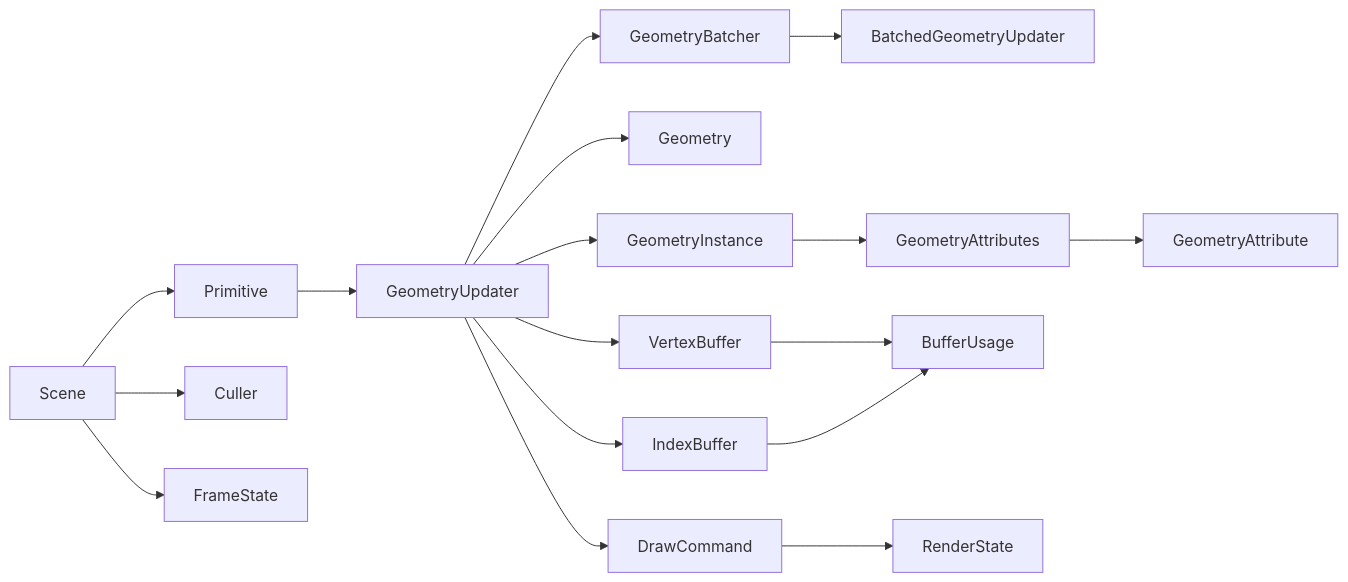
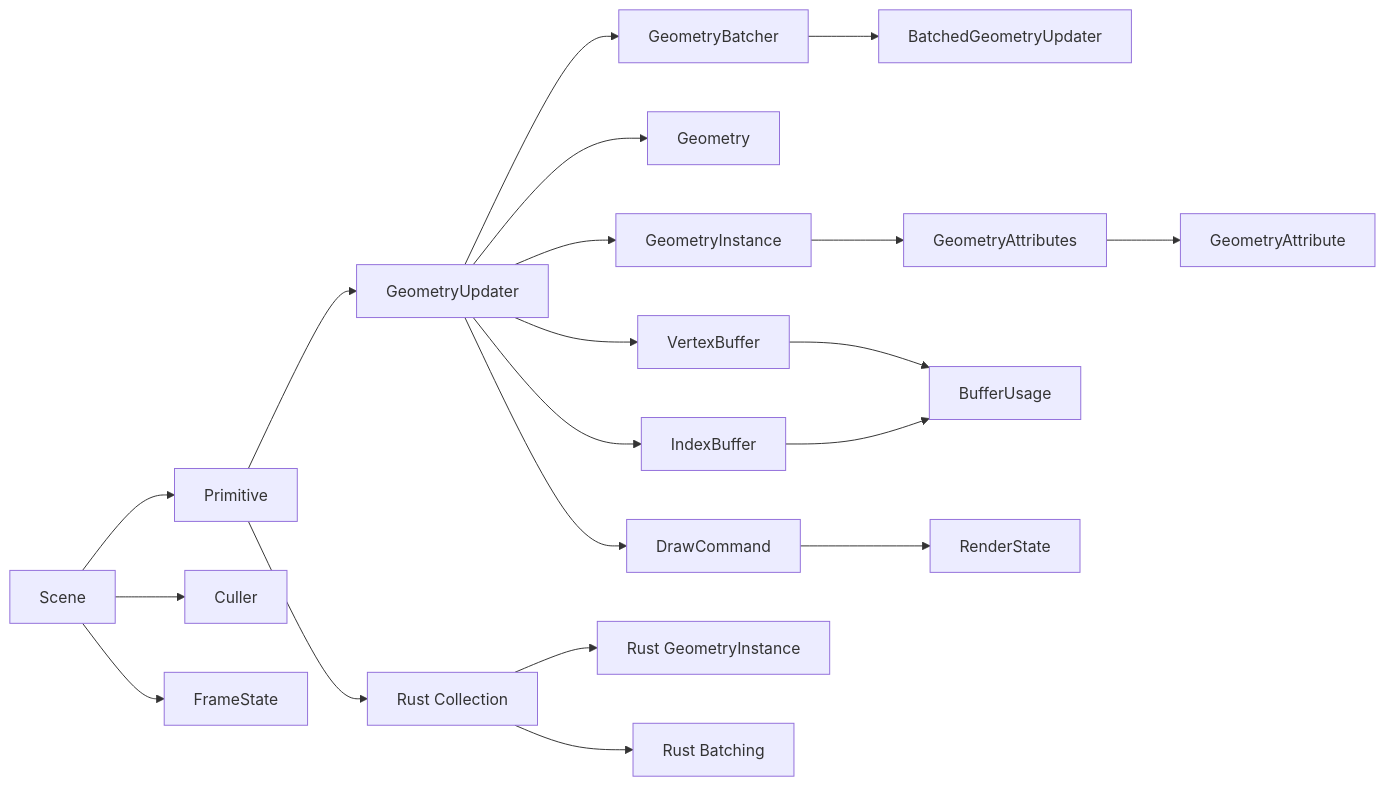
The tenth of 10 diagrams in .qoder/repowiki/zh/content/实体和几何体/原始图形渲染.md (rzhangjing/cesium), drawn with Mermaid before and after one commit. The commit also changed other lines of this file and 60 other files, not shown here.

````diff
--- a/.qoder/repowiki/zh/content/实体和几何体/原始图形渲染.md
+++ b/.qoder/repowiki/zh/content/实体和几何体/原始图形渲染.md
@@ -360,19 +537,22 @@
 ```mermaid
 graph LR
 Scene["Scene"] --> Primitive["Primitive"]
 Primitive --> GeometryUpdater["GeometryUpdater"]
 GeometryUpdater --> GeometryBatcher["GeometryBatcher"]
 GeometryBatcher --> BatchedGeometryUpdater["BatchedGeometryUpdater"]
+Primitive --> RustCollection["Rust Collection"]
+RustCollection --> RustGeometryInstance["Rust GeometryInstance"]
+RustCollection --> RustBatching["Rust Batching"]
 GeometryUpdater --> Geometry["Geometry"]
 GeometryUpdater --> GeometryInstance["GeometryInstance"]
 GeometryInstance --> GeometryAttributes["GeometryAttributes"]
 GeometryAttributes --> GeometryAttribute["GeometryAttribute"]
 GeometryUpdater --> VertexBuffer["VertexBuffer"]
 GeometryUpdater --> IndexBuffer["IndexBuffer"]
 VertexBuffer --> BufferUsage["BufferUsage"]
 IndexBuffer --> BufferUsage
 GeometryUpdater --> DrawCommand["DrawCommand"]
 DrawCommand --> RenderState["RenderState"]
 Scene --> Culler["Culler"]
 Scene --> FrameState["FrameState"]
 ```
````
